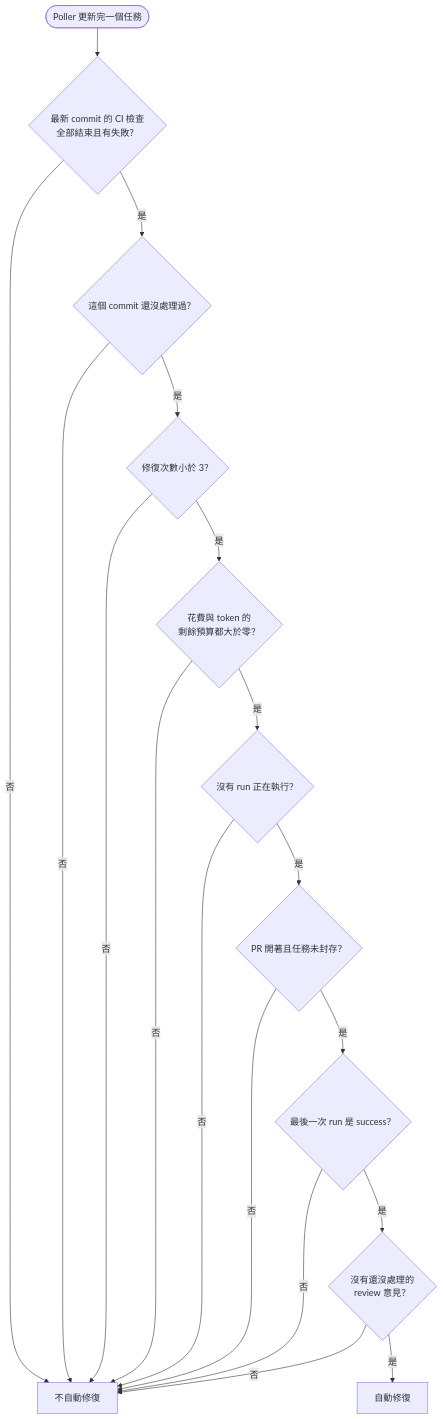
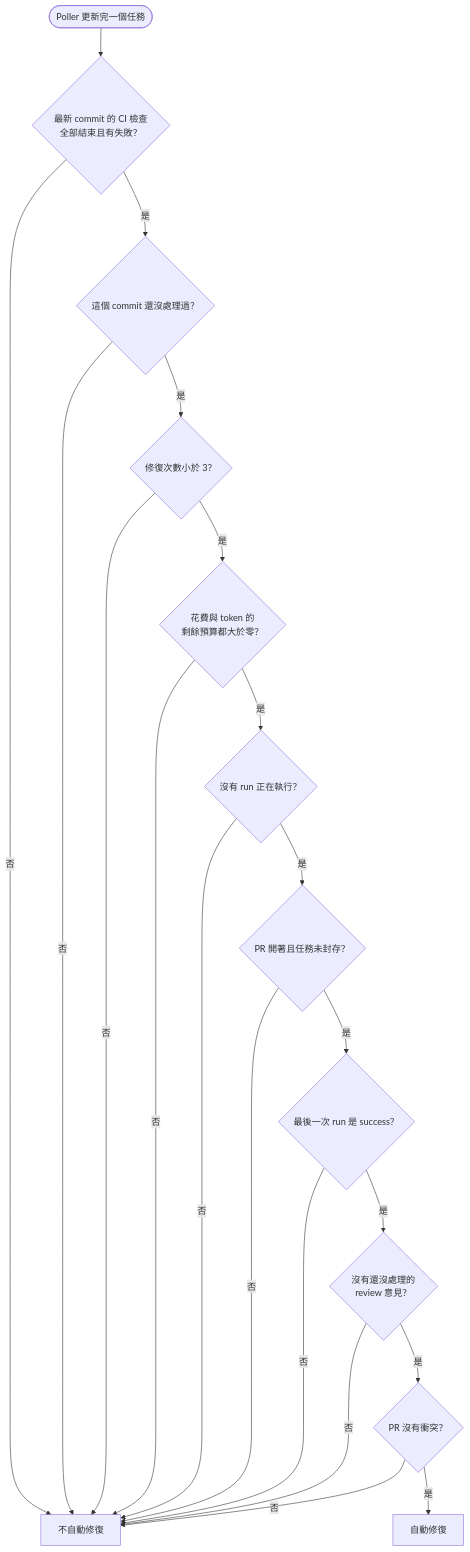
The eighth of 18 diagrams in docs/06-diagrams.md (ppoozine/agent-supervisor), drawn with Mermaid before and after one commit. The commit also changed other lines of this file and 5 other files, not shown here.

````diff
--- a/docs/06-diagrams.md
+++ b/docs/06-diagrams.md
@@ -306,20 +311,22 @@
 ```mermaid
 flowchart TD
     start(["Poller 更新完一個任務"]) --> c1{"最新 commit 的 CI 檢查<br/>全部結束且有失敗？"}
     c1 -->|"否"| no["不自動修復"]
     c1 -->|"是"| c2{"這個 commit 還沒處理過？"}
     c2 -->|"否"| no
     c2 -->|"是"| c3{"修復次數小於 3？"}
     c3 -->|"否"| no
     c3 -->|"是"| c4{"花費與 token 的<br/>剩餘預算都大於零？"}
     c4 -->|"否"| no
     c4 -->|"是"| c5{"沒有 run 正在執行？"}
     c5 -->|"否"| no
     c5 -->|"是"| c6{"PR 開著且任務未封存？"}
     c6 -->|"否"| no
     c6 -->|"是"| c7{"最後一次 run 是 success？"}
     c7 -->|"否"| no
     c7 -->|"是"| c8{"沒有還沒處理的<br/>review 意見？"}
     c8 -->|"否"| no
-    c8 -->|"是"| yes["自動修復"]
+    c8 -->|"是"| c9{"PR 沒有衝突？"}
+    c9 -->|"否"| no
+    c9 -->|"是"| yes["自動修復"]
 ```
````
